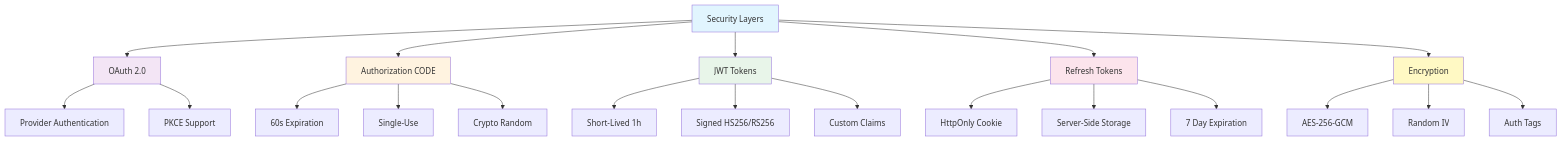
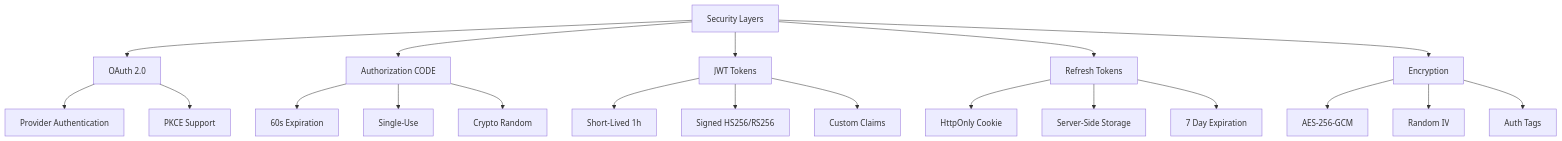
One commit to peterbud/nuxt-aegis changed the fifth of 7 diagrams in docs/architecture/index.md. Above: the diagram before and after it, drawn with Mermaid. The commit also changed other lines of this file and 7 other files, not shown here.

Commit message:
feat(docs): add mermaid rendering

````diff
--- a/docs/architecture/index.md
+++ b/docs/architecture/index.md
@@ -125,34 +114,27 @@
 ```mermaid
 graph TB
     A[Security Layers] --> B[OAuth 2.0]
     A --> C[Authorization CODE]
     A --> D[JWT Tokens]
     A --> E[Refresh Tokens]
     A --> F[Encryption]
     
     B --> B1[Provider Authentication]
     B --> B2[PKCE Support]
     
     C --> C1[60s Expiration]
     C --> C2[Single-Use]
     C --> C3[Crypto Random]
     
     D --> D1[Short-Lived 1h]
     D --> D2[Signed HS256/RS256]
     D --> D3[Custom Claims]
     
     E --> E1[HttpOnly Cookie]
     E --> E2[Server-Side Storage]
     E --> E3[7 Day Expiration]
     
     F --> F1[AES-256-GCM]
     F --> F2[Random IV]
     F --> F3[Auth Tags]
-    
-    style A fill:#E1F5FE
-    style B fill:#F3E5F5
-    style C fill:#FFF3E0
-    style D fill:#E8F5E9
-    style E fill:#FCE4EC
-    style F fill:#FFF9C4
 ```
````
